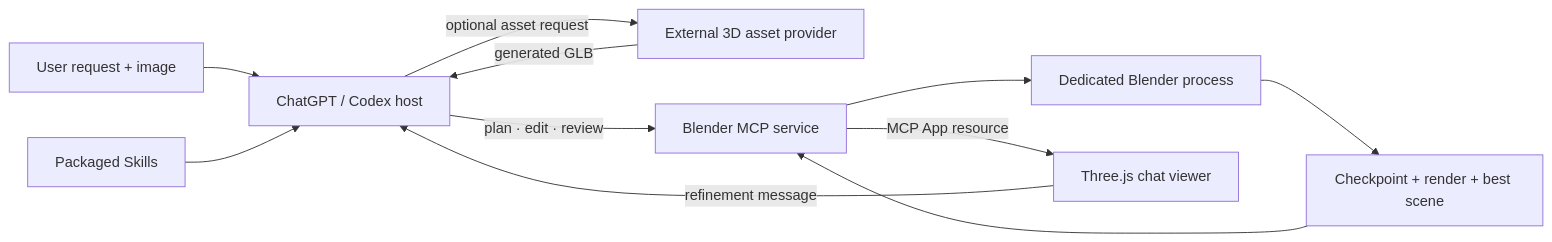
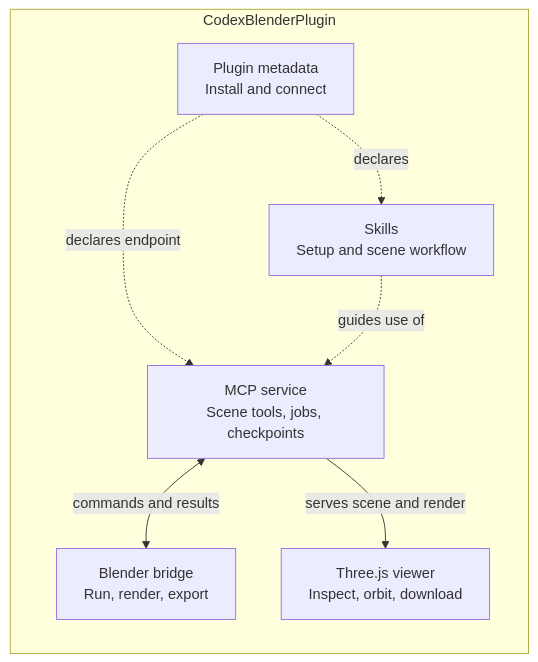
One commit to creativedswork/UniBlenderScene changed the diagram in README.md. Above: the diagram before and after it, drawn with Mermaid. The commit also changed other lines of this file, not shown here.

Commit message:
docs: explain plugin components in README

````diff
--- a/README.md
+++ b/README.md
@@ -16,13 +12,15 @@
 ```mermaid
 flowchart LR
-  U["User request + image"] --> H["ChatGPT / Codex host"]
-  S["Packaged Skills"] --> H
-  H -->|"optional asset request"| P["External 3D asset provider"]
-  P -->|"generated GLB"| H
-  H -->|"plan · edit · review"| M["Blender MCP service"]
-  M --> B["Dedicated Blender process"]
-  B --> C["Checkpoint + render + best scene"]
-  C --> M
-  M -->|"MCP App resource"| V["Three.js chat viewer"]
-  V -->|"refinement message"| H
+  subgraph plugin["CodexBlenderPlugin"]
+    P["Plugin metadata<br/>Install and connect"]
+    S["Skills<br/>Setup and scene workflow"]
+    M["MCP service<br/>Scene tools, jobs, checkpoints"]
+    B["Blender bridge<br/>Run, render, export"]
+    V["Three.js viewer<br/>Inspect, orbit, download"]
+    P -.->|"declares"| S
+    P -.->|"declares endpoint"| M
+    S -.->|"guides use of"| M
+    M <-->|"commands and results"| B
+    M -->|"serves scene and render"| V
+  end
 ```
````
